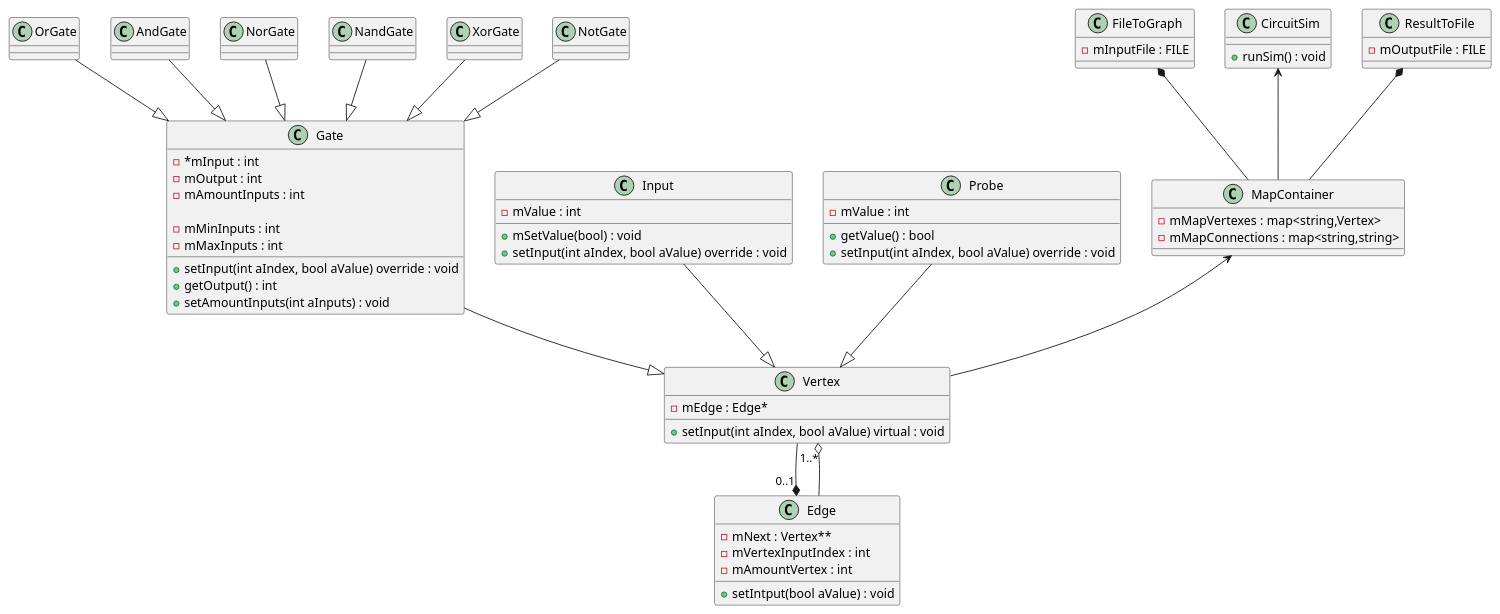
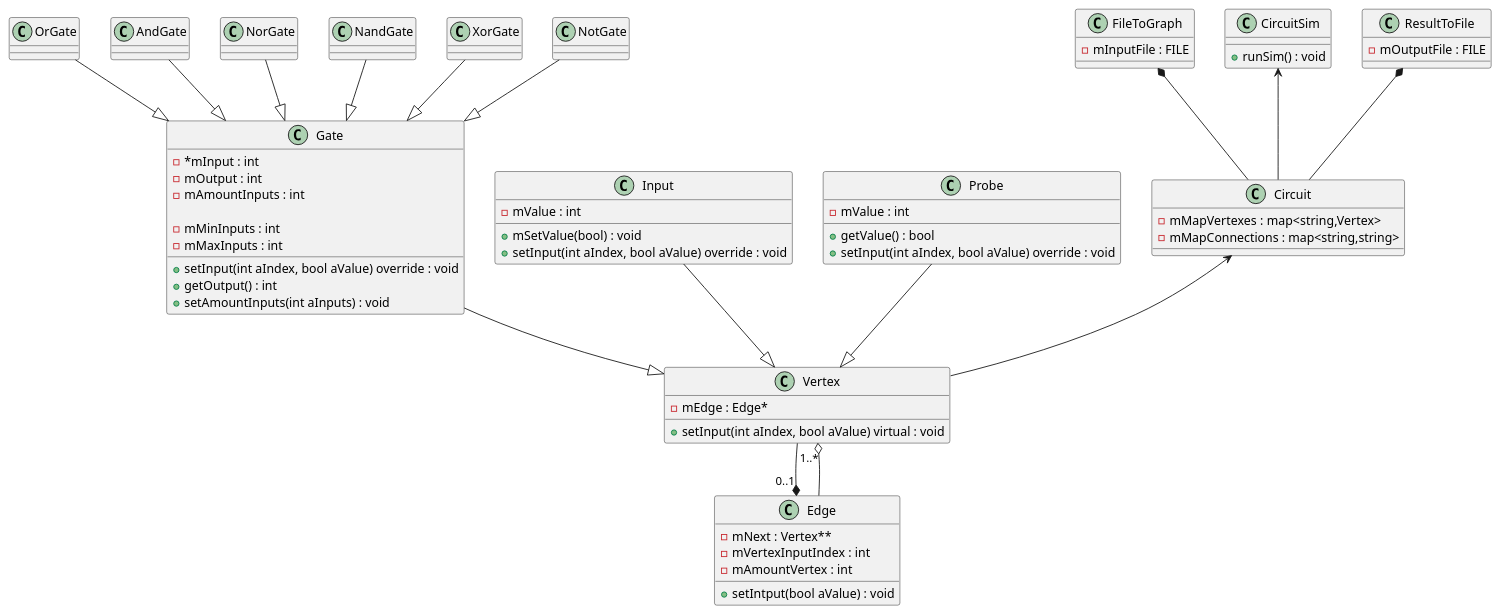
The diagram in diagram/classdiagram.puml (Seger01/DesignPatterns), drawn with PlantUML before and after one commit.

Commit message:
Changed MapContainer --> Circuit

```diff
--- a/diagram/classdiagram.puml
+++ b/diagram/classdiagram.puml
@@ -1,107 +1,107 @@
 @startuml classdiagram
 
-class MapContainer {
+class Circuit {
     - mMapVertexes : map<string,Vertex>
     - mMapConnections : map<string,string>
 }
 
 class FileToGraph {
     - mInputFile : FILE
 }
 
 class CircuitSim {
     + runSim() : void
 }
 
 class ResultToFile {
     - mOutputFile : FILE
 }
 
 class OrGate{
 
 }
 
 class AndGate{
 
 }
 
 class NorGate{
 
 }
 
 class NandGate{
 
 }
 
 class XorGate{
 
 }
 
 class NotGate{
 
 }
 
 class Gate{
     - *mInput : int
     - mOutput : int
     - mAmountInputs : int
 
     - mMinInputs : int
     - mMaxInputs : int    
 
     + setInput(int aIndex, bool aValue) override : void
     + getOutput() : int
     + setAmountInputs(int aInputs) : void
 }
 
 class Vertex {
     - mEdge : Edge*
 
     + setInput(int aIndex, bool aValue) virtual : void
 }
 
 class Edge {
     - mNext : Vertex**
     - mVertexInputIndex : int
     - mAmountVertex : int
 
     + setIntput(bool aValue) : void
 }
 
 class Input {
     - mValue : int
 
     + mSetValue(bool) : void
     + setInput(int aIndex, bool aValue) override : void
 
 }
 
 class Probe {
     - mValue : int
 
     + getValue() : bool
     + setInput(int aIndex, bool aValue) override : void
 }
 
-FileToGraph *-- MapContainer
-ResultToFile *-- MapContainer
+FileToGraph *-- Circuit
+ResultToFile *-- Circuit
 
-MapContainer <-- Vertex
+Circuit <-- Vertex
 
-CircuitSim <-- MapContainer
+CircuitSim <-- Circuit
 
 OrGate --|> Gate
 NorGate --|> Gate
 AndGate --|> Gate
 NandGate --|> Gate
 XorGate --|> Gate
 NotGate --|> Gate
 
 Gate --|> Vertex
 Input --|> Vertex
 Probe --|> Vertex
 
 Vertex --* "0..1" Edge
 Edge --o "1..*" Vertex
 
 @enduml
```
